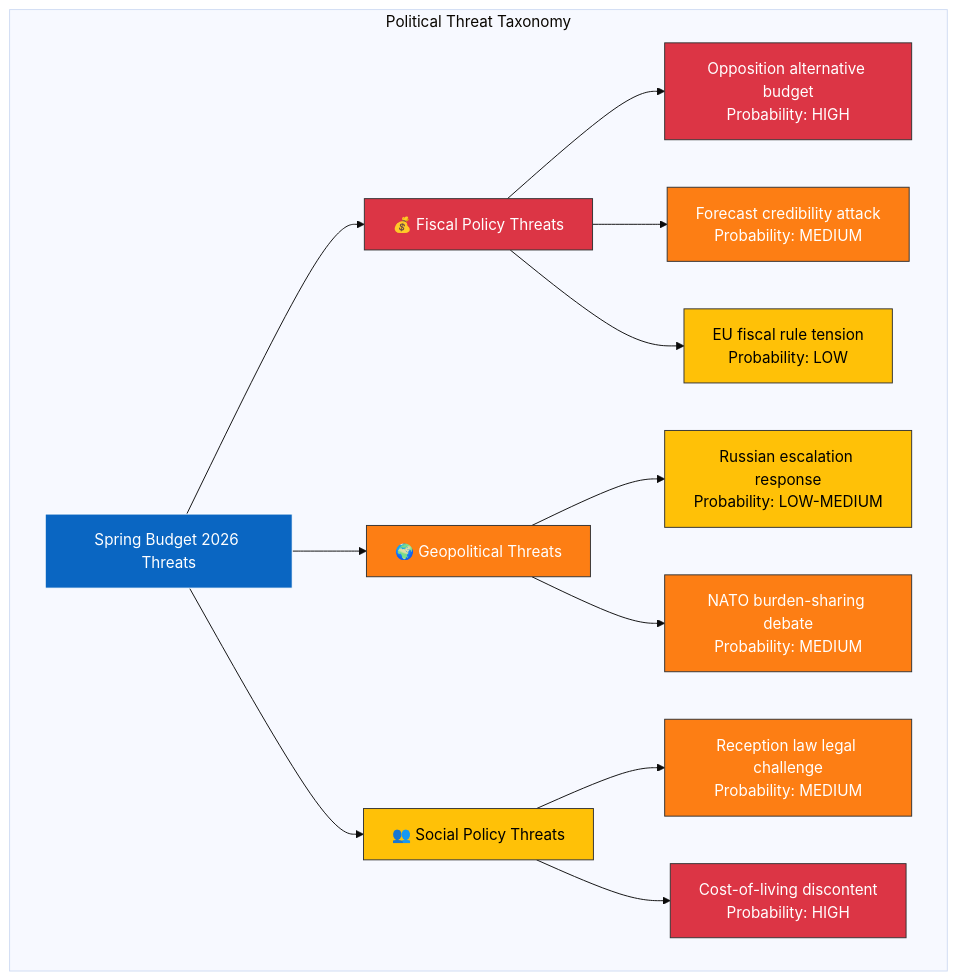
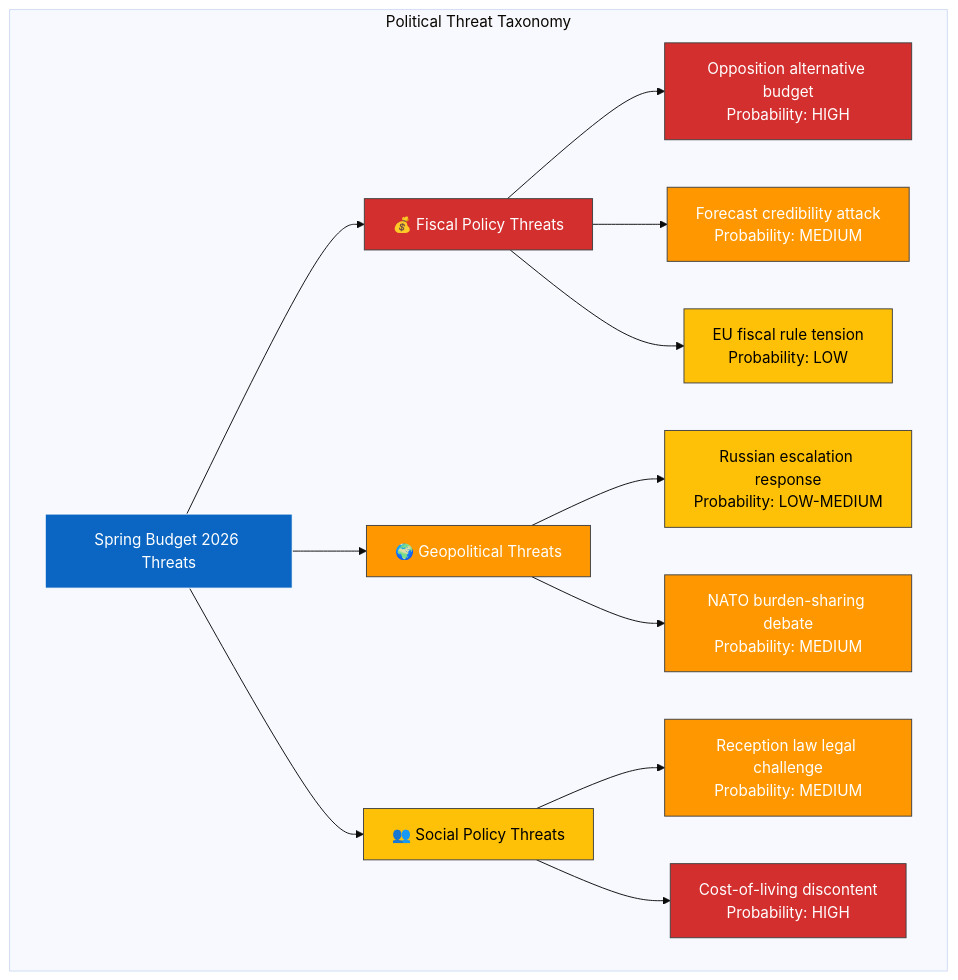
One commit to Hack23/riksdagsmonitor changed the diagram in analysis/daily/2026-04-13/realtime-1433/threat-analysis.md. Above: the diagram before and after it, drawn with Mermaid (base theme). The commit also changed 785 other files, not shown here.

First line of the commit message:
Normalize mermaid colors across 786 analysis artifacts to ISMS Style Guide palette

````diff
--- a/analysis/daily/2026-04-13/realtime-1433/threat-analysis.md
+++ b/analysis/daily/2026-04-13/realtime-1433/threat-analysis.md
@@ -7,27 +7,27 @@
 ```mermaid
 graph TD
     subgraph "Political Threat Taxonomy"
         ROOT["Spring Budget 2026 Threats"]
         ROOT --> FISCAL["💰 Fiscal Policy Threats"]
         ROOT --> GEOPOLITICAL["🌍 Geopolitical Threats"]
         ROOT --> SOCIAL["👥 Social Policy Threats"]
         FISCAL --> F1["Opposition alternative budget<br/>Probability: HIGH"]
         FISCAL --> F2["Forecast credibility attack<br/>Probability: MEDIUM"]
         FISCAL --> F3["EU fiscal rule tension<br/>Probability: LOW"]
         GEOPOLITICAL --> G1["Russian escalation response<br/>Probability: LOW-MEDIUM"]
         GEOPOLITICAL --> G2["NATO burden-sharing debate<br/>Probability: MEDIUM"]
         SOCIAL --> S1["Reception law legal challenge<br/>Probability: MEDIUM"]
         SOCIAL --> S2["Cost-of-living discontent<br/>Probability: HIGH"]
     end
-    style ROOT fill:#0A66C2,stroke:#fff,color:#fff
-    style FISCAL fill:#dc3545,stroke:#333,color:#fff
-    style GEOPOLITICAL fill:#fd7e14,stroke:#333,color:#fff
-    style SOCIAL fill:#ffc107,stroke:#333,color:#000
-    style F1 fill:#dc3545,stroke:#333,color:#fff
-    style F2 fill:#fd7e14,stroke:#333,color:#fff
-    style F3 fill:#ffc107,stroke:#333,color:#000
-    style G1 fill:#ffc107,stroke:#333,color:#000
-    style G2 fill:#fd7e14,stroke:#333,color:#fff
-    style S1 fill:#fd7e14,stroke:#333,color:#fff
-    style S2 fill:#dc3545,stroke:#333,color:#fff
+    style ROOT fill:#0A66C2,stroke:#FFFFFF,color:#FFFFFF
+    style FISCAL fill:#D32F2F,stroke:#424242,color:#FFFFFF
+    style GEOPOLITICAL fill:#FF9800,stroke:#424242,color:#FFFFFF
+    style SOCIAL fill:#FFC107,stroke:#424242,color:#000000
+    style F1 fill:#D32F2F,stroke:#424242,color:#FFFFFF
+    style F2 fill:#FF9800,stroke:#424242,color:#FFFFFF
+    style F3 fill:#FFC107,stroke:#424242,color:#000000
+    style G1 fill:#FFC107,stroke:#424242,color:#000000
+    style G2 fill:#FF9800,stroke:#424242,color:#FFFFFF
+    style S1 fill:#FF9800,stroke:#424242,color:#FFFFFF
+    style S2 fill:#D32F2F,stroke:#424242,color:#FFFFFF
 ```
````
